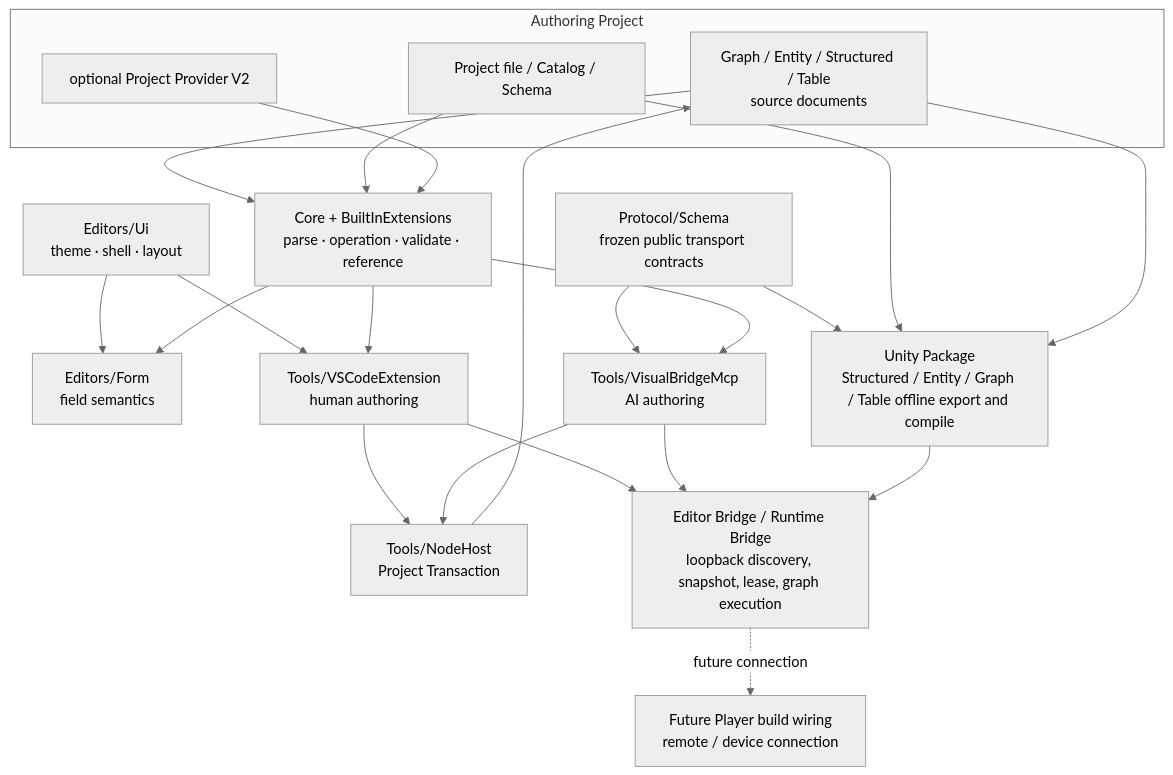
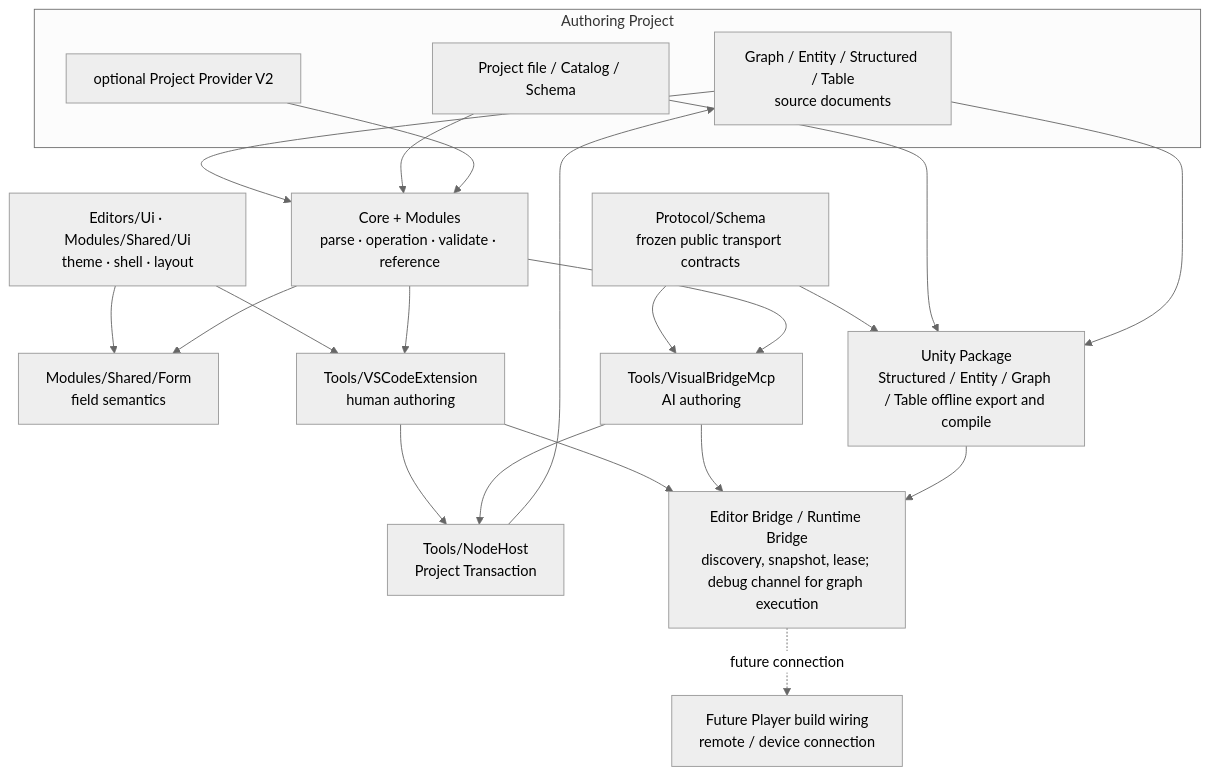
One commit to zh880517/VisualBridge changed the first of 3 diagrams in Doc/VisualBridgeArchitectureCore.md. Above: the diagram before and after it, drawn with Mermaid (neutral theme). The commit also changed other lines of this file and 27 other files, not shown here.

Commit message:
G2b Publish the debug and module architecture docs

````diff
--- a/Doc/VisualBridgeArchitectureCore.md
+++ b/Doc/VisualBridgeArchitectureCore.md
@@ -116,38 +116,38 @@
 ```mermaid
 flowchart TB
     subgraph Project[Authoring Project]
         Sources["Graph / Entity / Structured / Table\nsource documents"]
         Catalogs["Project file / Catalog / Schema"]
         Provider["optional Project Provider V2"]
     end
     Protocol["Protocol/Schema\nfrozen public transport contracts"]
-    Core["Core + BuiltInExtensions\nparse · operation · validate · reference"]
-    Ui["Editors/Ui\ntheme · shell · layout"]
-    Form["Editors/Form\nfield semantics"]
+    Core["Core + Modules\nparse · operation · validate · reference"]
+    Ui["Editors/Ui · Modules/Shared/Ui\ntheme · shell · layout"]
+    Form["Modules/Shared/Form\nfield semantics"]
     NodeHost["Tools/NodeHost\nProject Transaction"]
     VSCode["Tools/VSCodeExtension\nhuman authoring"]
     MCP["Tools/VisualBridgeMcp\nAI authoring"]
     UnityOffline["Unity Package\nStructured / Entity / Graph / Table offline export and compile"]
-    Bridge["Editor Bridge / Runtime Bridge\nloopback discovery, snapshot, lease, graph execution"]
+    Bridge["Editor Bridge / Runtime Bridge\ndiscovery, snapshot, lease; debug channel for graph execution"]
     Future["Future Player build wiring\nremote / device connection"]
 
     Sources --> Core
     Catalogs --> Core
     Provider --> Core
     Protocol --> MCP
     Protocol --> UnityOffline
     Ui --> Form
     Ui --> VSCode
     Core --> Form
     Core --> VSCode
     Core --> MCP
     VSCode --> NodeHost
     MCP --> NodeHost
     NodeHost --> Sources
     Catalogs --> UnityOffline
     Sources --> UnityOffline
     VSCode --> Bridge
     MCP --> Bridge
     UnityOffline --> Bridge
     Bridge -. future connection .-> Future
 ```
````
